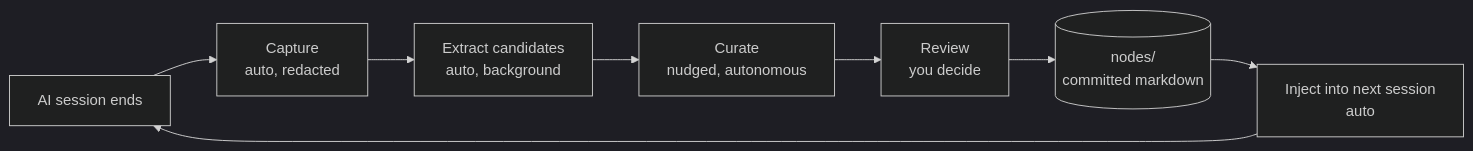
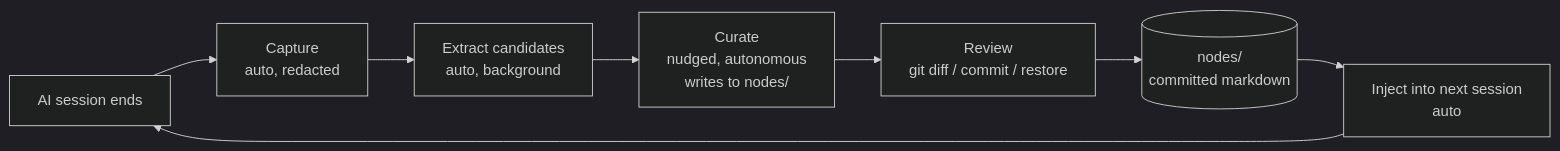
The diagram in docs/how-it-works.md (e0ipso/kenkeep), drawn with Mermaid (dark theme) before and after one commit. The commit also changed other lines of this file and 42 other files, not shown here.

````diff
--- a/docs/how-it-works.md
+++ b/docs/how-it-works.md
@@ -10,10 +10,10 @@
 ```mermaid
 flowchart LR
     A[AI session ends] --> B[Capture<br/>auto, redacted]
     B --> C[Extract candidates<br/>auto, background]
-    C --> D[Curate<br/>nudged, autonomous]
-    D --> E[Review<br/>you decide]
+    C --> D[Curate<br/>nudged, autonomous<br/>writes to nodes/]
+    D --> E[Review<br/>git diff / commit / restore]
     E --> F[(nodes/<br/>committed markdown)]
     F --> G[Inject into next session<br/>auto]
     G --> A
 ```
````
